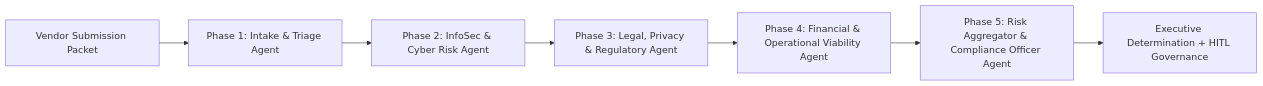
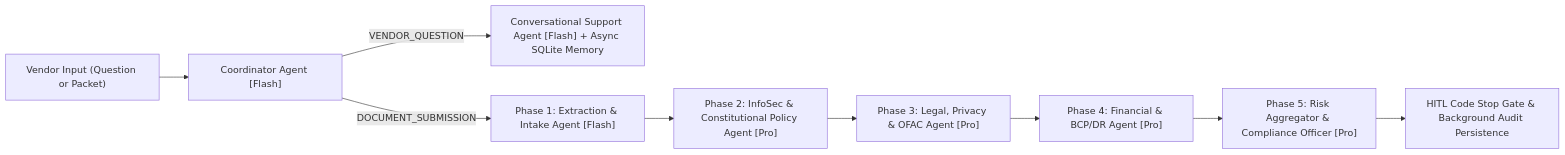
The diagram in README.md (naveenkylasa-lab/vendor-risk-compliance), drawn with Mermaid before and after one commit. The commit also changed other lines of this file and 26 other files, not shown here.

Commit message:
feat: add explicit tool JSON schemas, native LLM tool calling, async memory, structlog + OpenTelemetry tracing, and Terraform/K8s/Docker IaC

````diff
--- a/README.md
+++ b/README.md
@@ -9,9 +9,11 @@
 ```mermaid
 flowchart LR
-    Sub["Vendor Submission Packet"] --> P1["Phase 1: Intake & Triage Agent"]
-    P1 --> P2["Phase 2: InfoSec & Cyber Risk Agent"]
-    P2 --> P3["Phase 3: Legal, Privacy & Regulatory Agent"]
-    P3 --> P4["Phase 4: Financial & Operational Viability Agent"]
-    P4 --> P5["Phase 5: Risk Aggregator & Compliance Officer Agent"]
-    P5 --> Dec["Executive Determination + HITL Governance"]
+    Input["Vendor Input (Question or Packet)"] --> Coord["Coordinator Agent [Flash]"]
+    Coord -->|VENDOR_QUESTION| Support["Conversational Support Agent [Flash] + Async SQLite Memory"]
+    Coord -->|DOCUMENT_SUBMISSION| P1["Phase 1: Extraction & Intake Agent [Flash]"]
+    P1 --> P2["Phase 2: InfoSec & Constitutional Policy Agent [Pro]"]
+    P2 --> P3["Phase 3: Legal, Privacy & OFAC Agent [Pro]"]
+    P3 --> P4["Phase 4: Financial & BCP/DR Agent [Pro]"]
+    P4 --> P5["Phase 5: Risk Aggregator & Compliance Officer [Pro]"]
+    P5 --> HITL["HITL Code Stop Gate & Background Audit Persistence"]
 ```
````
